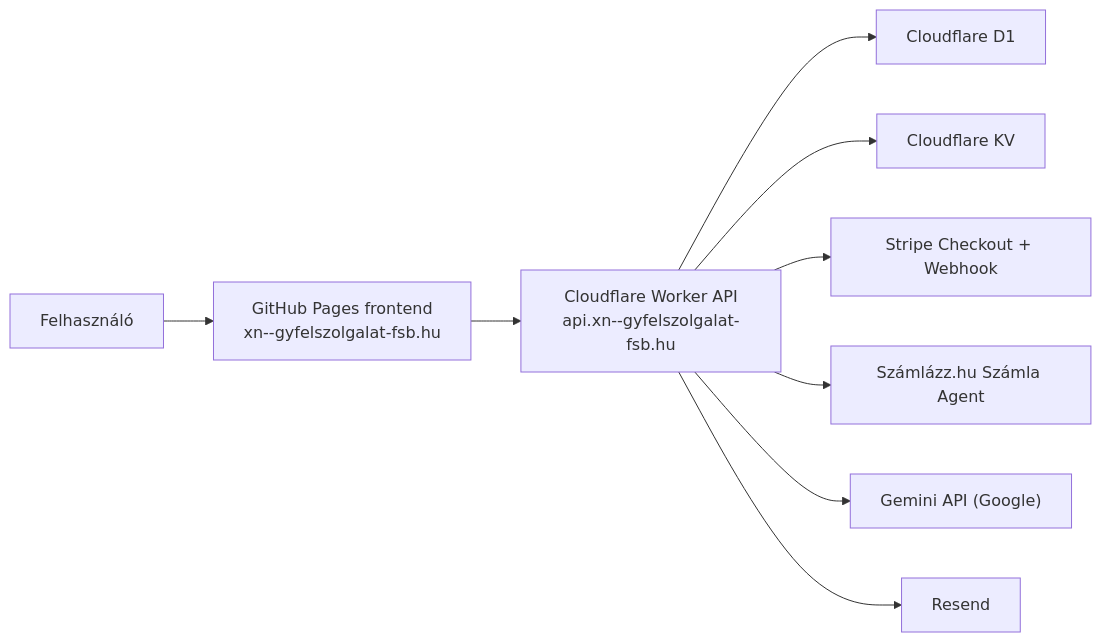
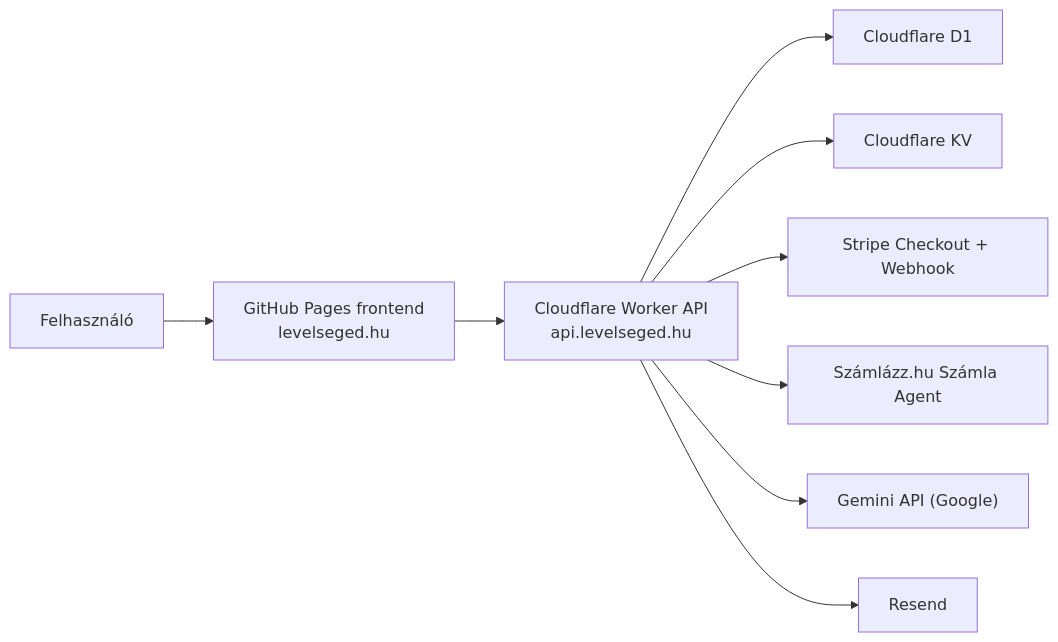
One commit to epatrik107/ugyfelszolg changed the diagram in README.md. Above: the diagram before and after it, drawn with Mermaid. The commit also changed other lines of this file and 18 other files, not shown here.

````diff
--- a/README.md
+++ b/README.md
@@ -21,11 +21,11 @@
 ```mermaid
 flowchart LR
-  U["Felhasználó"] --> F["GitHub Pages frontend<br/>xn--gyfelszolgalat-fsb.hu"]
-  F --> W["Cloudflare Worker API<br/>api.xn--gyfelszolgalat-fsb.hu"]
+  U["Felhasználó"] --> F["GitHub Pages frontend<br/>levelseged.hu"]
+  F --> W["Cloudflare Worker API<br/>api.levelseged.hu"]
   W --> D1["Cloudflare D1"]
   W --> KV["Cloudflare KV"]
   W --> S["Stripe Checkout + Webhook"]
   W --> I["Számlázz.hu Számla Agent"]
   W --> O["Gemini API (Google)"]
   W --> R["Resend"]
 ```
````
